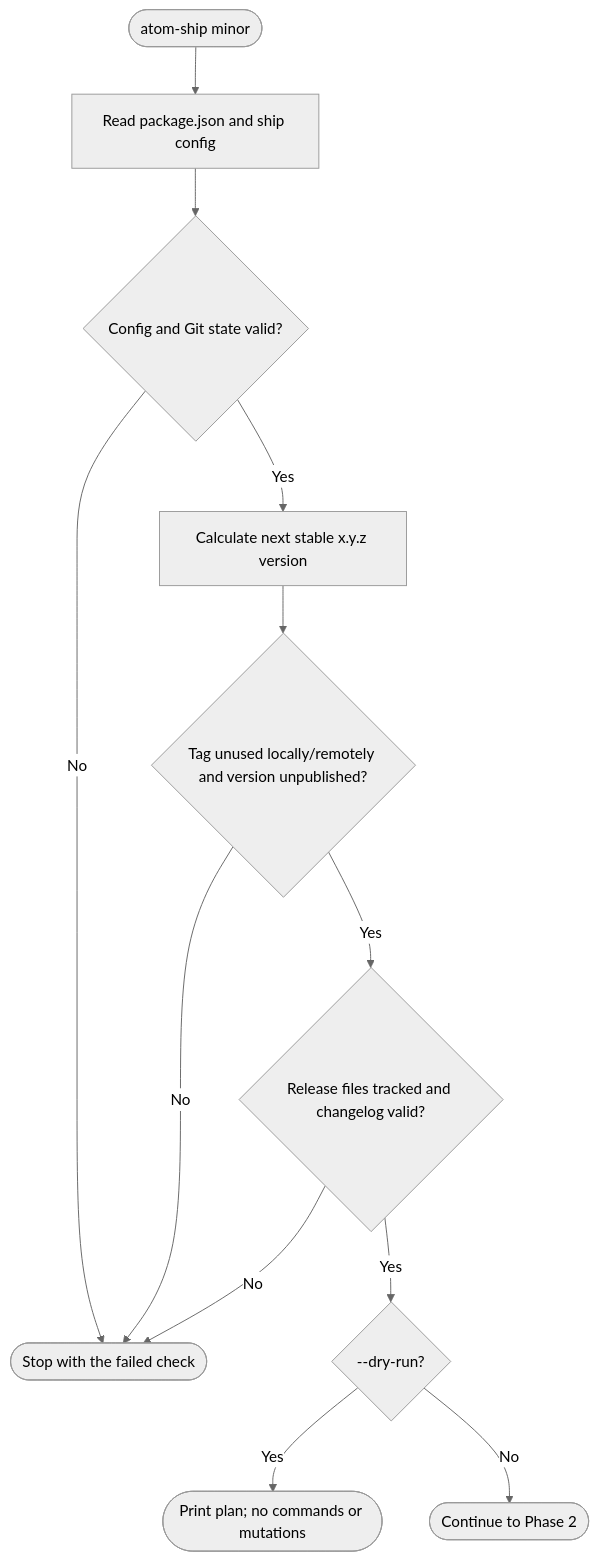
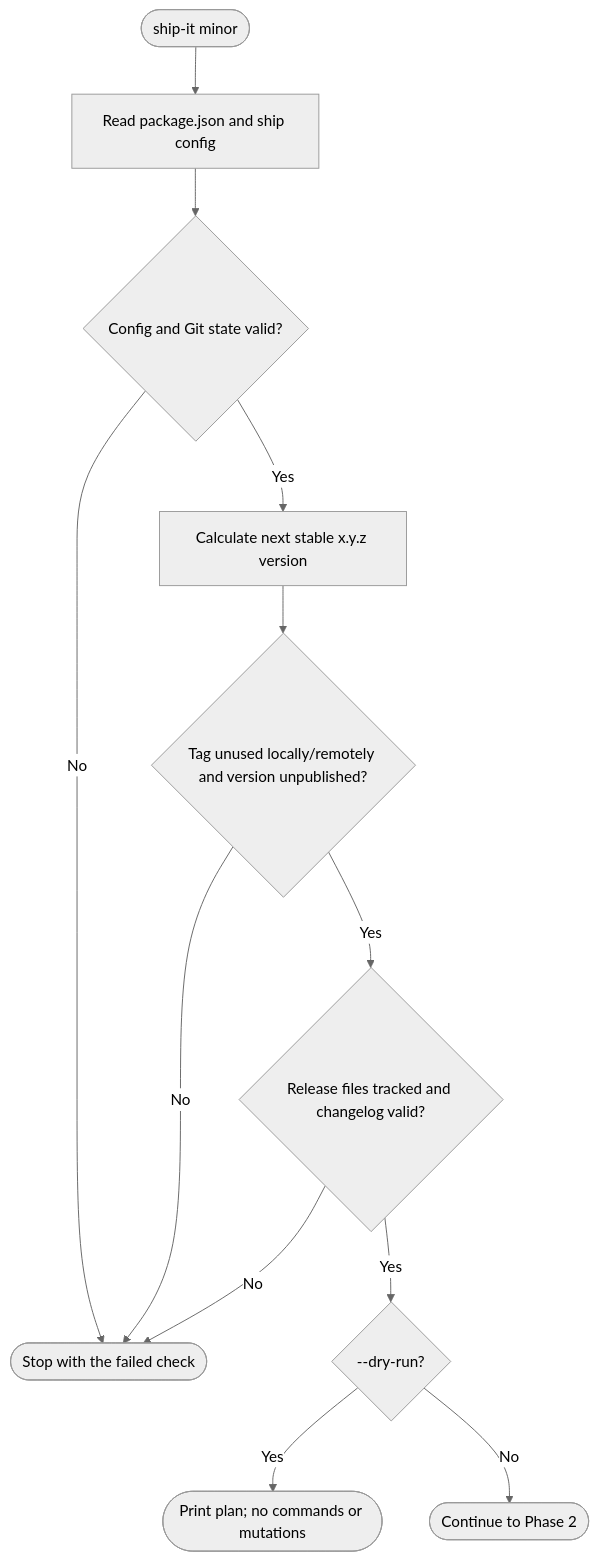
The first of 6 diagrams in README.md (atom-forge/ship), drawn with Mermaid (neutral theme) before and after one commit. The commit also changed other lines of this file and 5 other files, not shown here.

````diff
--- a/README.md
+++ b/README.md
@@ -70,14 +70,14 @@
 ```mermaid
 flowchart TD
-    Start([atom-ship minor]) --> Load[Read package.json and ship config]
+    Start([ship-it minor]) --> Load[Read package.json and ship config]
     Load --> Ready{Config and Git state valid?}
     Ready -- No --> Stop([Stop with the failed check])
     Ready -- Yes --> Version[Calculate next stable x.y.z version]
     Version --> Available{Tag unused locally/remotely and version unpublished?}
     Available -- No --> Stop
     Available -- Yes --> Notes{Release files tracked and changelog valid?}
     Notes -- No --> Stop
     Notes -- Yes --> DryRun{--dry-run?}
     DryRun -- Yes --> Plan([Print plan; no commands or mutations])
     DryRun -- No --> Next([Continue to Phase 2])
 ```
````
